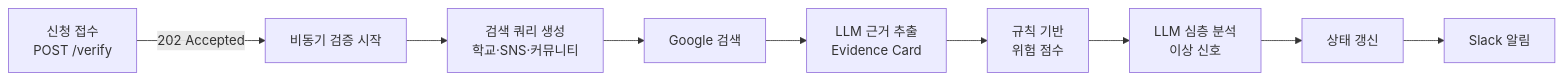
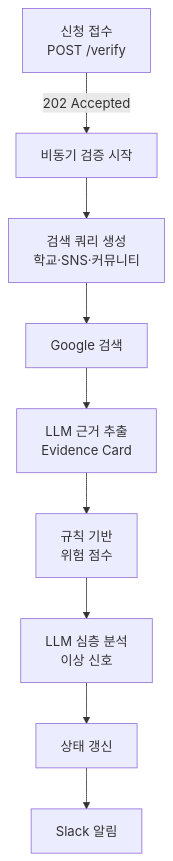
The diagram in README.md (msk226/club-verify), drawn with Mermaid before and after one commit.

Commit message:
docs: make README flow diagram vertical

````diff
--- a/README.md
+++ b/README.md
@@ -14,11 +14,11 @@
 ```mermaid
-flowchart LR
+flowchart TD
     A[신청 접수<br/>POST /verify] -->|202 Accepted| B[비동기 검증 시작]
     B --> C[검색 쿼리 생성<br/>학교·SNS·커뮤니티]
     C --> D[Google 검색]
     D --> E[LLM 근거 추출<br/>Evidence Card]
     E --> F[규칙 기반<br/>위험 점수]
     F --> G[LLM 심층 분석<br/>이상 신호]
     G --> H[상태 갱신]
     H --> I[Slack 알림]
 ```
````
